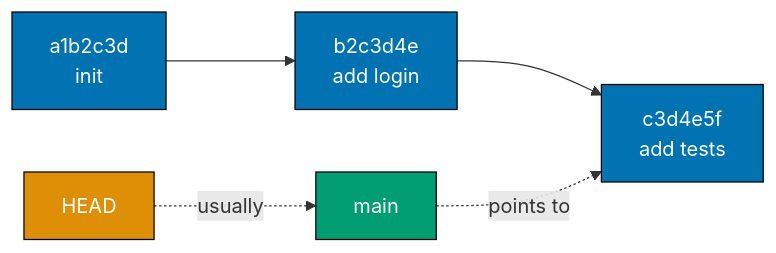
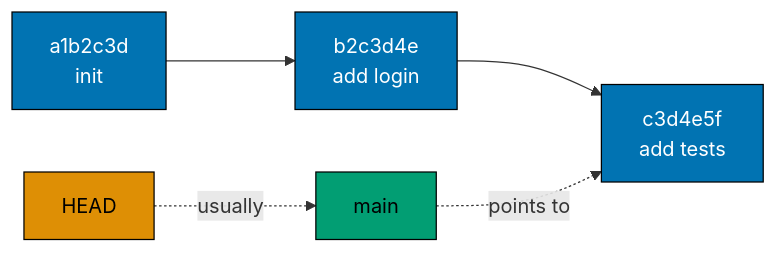
One commit to wahidyankf/ose-public changed the fifth of 6 diagrams in apps/ayokoding-www/content/en/learn/legacy/software-engineering/automation-tools/git/by-example/beginner.md. Above: the diagram before and after it, drawn with Mermaid. The commit also changed other lines of this file and 131 other files, not shown here.

First line of the commit message:
fix(mermaid): bring the legacy data, infrastructure, and testing diagrams onto the accessible palette

````diff
--- a/apps/ayokoding-www/content/en/learn/legacy/software-engineering/automation-tools/git/by-example/beginner.md
+++ b/apps/ayokoding-www/content/en/learn/legacy/software-engineering/automation-tools/git/by-example/beginner.md
@@ -878,13 +904,19 @@
 ```mermaid
 graph LR
+    accTitle: Example 21: Understanding HEAD
+    accDescr: Graph with 5 nodes and 4 connections. Nodes: a1b2c3d init, b2c3d4e add login, c3d4e5f add tests, HEAD, main. Connections: a1b2c3d init to b2c3d4e add login, b2c3d4e add login to c3d4e5f add tests, HEAD to main (usually), main to c3d4e5f add tests (points to).
     A["a1b2c3d<br/>init"] --> B["b2c3d4e<br/>add login"] --> C["c3d4e5f<br/>add tests"]
 
     D["HEAD"] -.->|usually| E["main"]
     E -.->|points to| C
 
-    style A fill:#0173B2,stroke:#000,color:#fff
-    style B fill:#0173B2,stroke:#000,color:#fff
-    style C fill:#0173B2,stroke:#000,color:#fff
-    style D fill:#DE8F05,stroke:#000,color:#fff
-    style E fill:#029E73,stroke:#000,color:#fff
+    classDef pal-0173B2 fill:#0173B2,stroke:#000000,color:#FFFFFF
+    class A pal-0173B2
+    class B pal-0173B2
+    class C pal-0173B2
+    classDef pal-DE8F05 fill:#DE8F05,stroke:#000000,color:#000000
+    class D pal-DE8F05
+    classDef pal-029E73 fill:#029E73,stroke:#000000,color:#000000
+    class E pal-029E73
+    classDef default fill:#FFFFFF,stroke:#000000,color:#000000
 ```
````
